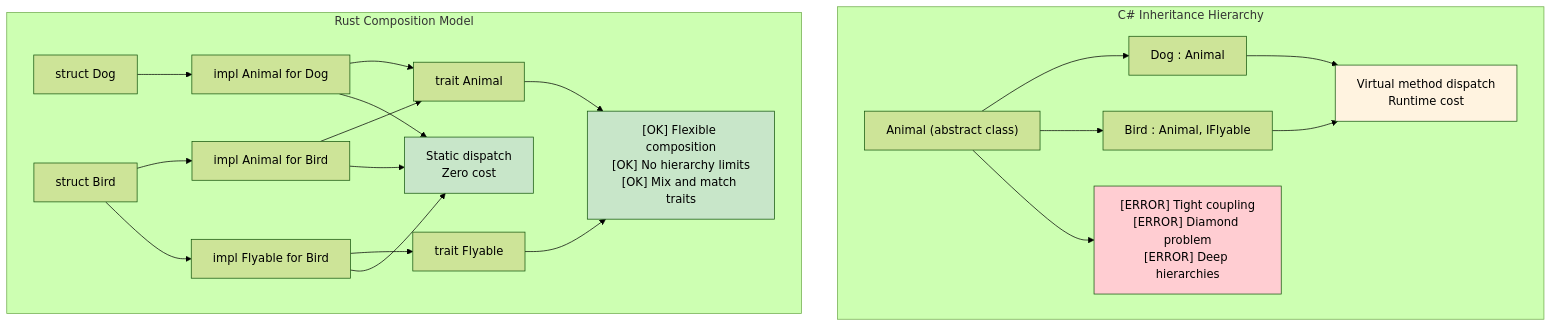
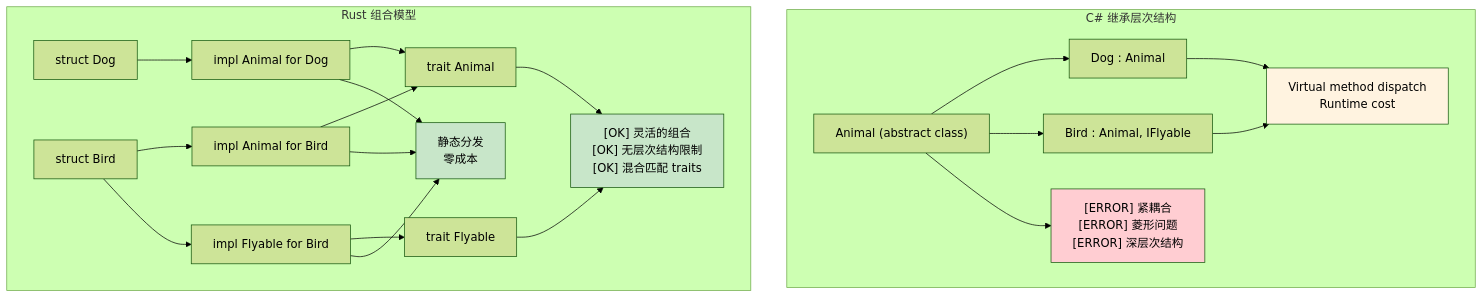
The diagram in csharp-book/src/ch10-2-inheritance-vs-composition.md (zyxisme/microsoft-RustTraining-cn), drawn with Mermaid (forest theme) before and after one commit. The commit also changed other lines of this file and 37 other files, not shown here.

````diff
--- a/csharp-book/src/ch10-2-inheritance-vs-composition.md
+++ b/csharp-book/src/ch10-2-inheritance-vs-composition.md
@@ -134,45 +133,45 @@
 ```mermaid
 graph TD
-    subgraph "C# Inheritance Hierarchy"
+    subgraph "C# 继承层次结构"
         CS_ANIMAL["Animal (abstract class)"]
         CS_DOG["Dog : Animal"]
         CS_BIRD["Bird : Animal, IFlyable"]
         CS_VTABLE["Virtual method dispatch<br/>Runtime cost"]
-        CS_COUPLING["[ERROR] Tight coupling<br/>[ERROR] Diamond problem<br/>[ERROR] Deep hierarchies"]
+        CS_COUPLING["[ERROR] 紧耦合<br/>[ERROR] 菱形问题<br/>[ERROR] 深层次结构"]
         
         CS_ANIMAL --> CS_DOG
         CS_ANIMAL --> CS_BIRD
         CS_DOG --> CS_VTABLE
         CS_BIRD --> CS_VTABLE
         CS_ANIMAL --> CS_COUPLING
     end
     
-    subgraph "Rust Composition Model"
+    subgraph "Rust 组合模型"
         RUST_ANIMAL["trait Animal"]
         RUST_FLYABLE["trait Flyable"]
         RUST_DOG["struct Dog"]
         RUST_BIRD["struct Bird"]
         RUST_IMPL1["impl Animal for Dog"]
         RUST_IMPL2["impl Animal for Bird"]
         RUST_IMPL3["impl Flyable for Bird"]
-        RUST_STATIC["Static dispatch<br/>Zero cost"]
-        RUST_FLEXIBLE["[OK] Flexible composition<br/>[OK] No hierarchy limits<br/>[OK] Mix and match traits"]
+        RUST_STATIC["静态分发<br/>零成本"]
+        RUST_FLEXIBLE["[OK] 灵活的组合<br/>[OK] 无层次结构限制<br/>[OK] 混合匹配 traits"]
         
         RUST_DOG --> RUST_IMPL1
         RUST_BIRD --> RUST_IMPL2
         RUST_BIRD --> RUST_IMPL3
         RUST_IMPL1 --> RUST_ANIMAL
         RUST_IMPL2 --> RUST_ANIMAL
         RUST_IMPL3 --> RUST_FLYABLE
         RUST_IMPL1 --> RUST_STATIC
         RUST_IMPL2 --> RUST_STATIC
         RUST_IMPL3 --> RUST_STATIC
         RUST_ANIMAL --> RUST_FLEXIBLE
         RUST_FLYABLE --> RUST_FLEXIBLE
     end
     
     style CS_COUPLING fill:#ffcdd2,color:#000
     style RUST_FLEXIBLE fill:#c8e6c9,color:#000
     style CS_VTABLE fill:#fff3e0,color:#000
     style RUST_STATIC fill:#c8e6c9,color:#000
 ```
````
